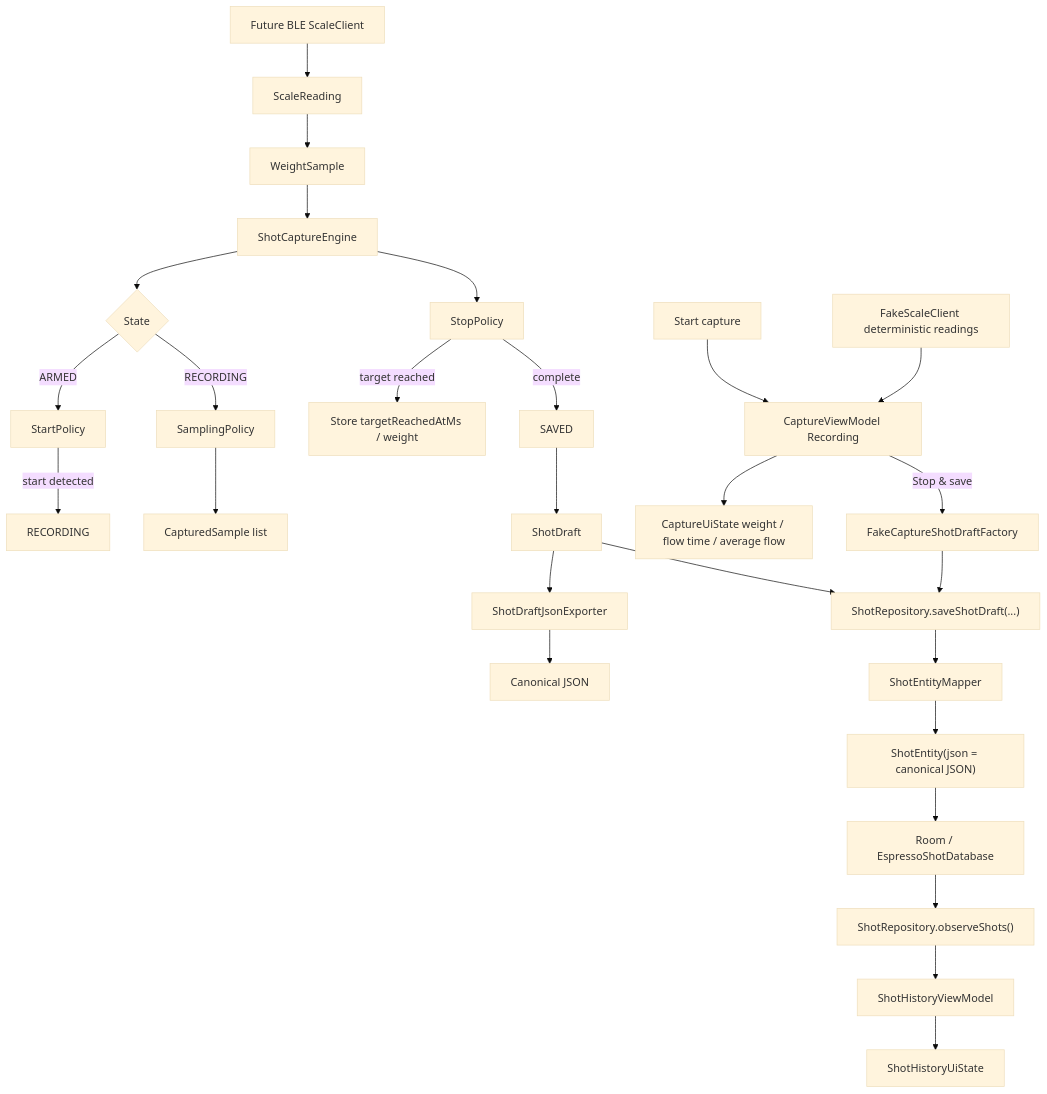
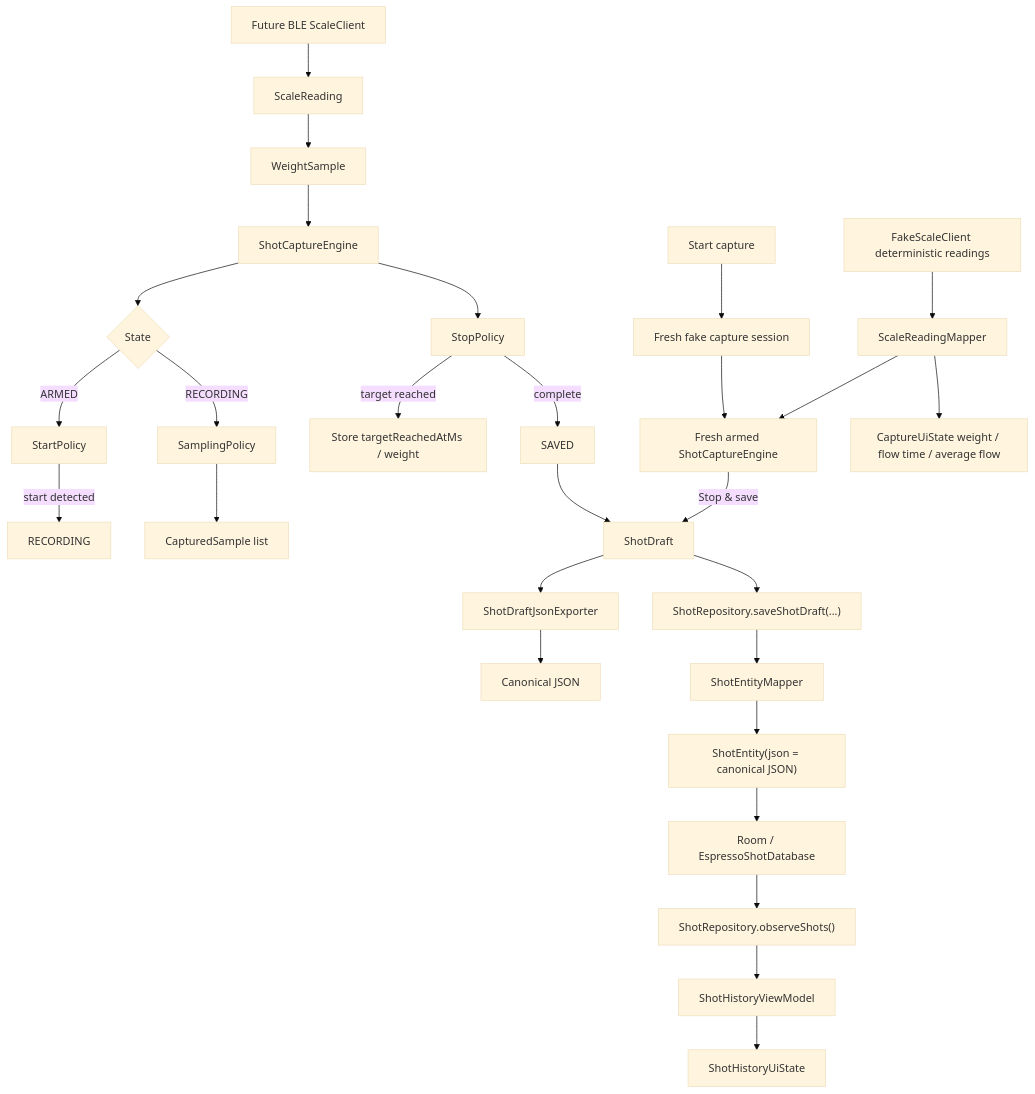
One commit to notanITler/espresso-shot-capture changed the diagram in docs/ARCHITECTURE.md. Above: the diagram before and after it, drawn with Mermaid (base theme). The commit also changed other lines of this file and 4 other files, not shown here.

````diff
--- a/docs/ARCHITECTURE.md
+++ b/docs/ARCHITECTURE.md
@@ -103,30 +106,31 @@
 ```mermaid
 flowchart TD
     Z["Future BLE ScaleClient"] --> A["ScaleReading"]
     A --> B["WeightSample"]
     B --> C["ShotCaptureEngine"]
     C --> D{"State"}
     D -->|"ARMED"| E["StartPolicy"]
     E -->|"start detected"| F["RECORDING"]
     D -->|"RECORDING"| G["SamplingPolicy"]
     G --> H["CapturedSample list"]
     C --> I["StopPolicy"]
     I -->|"target reached"| J["Store targetReachedAtMs / weight"]
     I -->|"complete"| K["SAVED"]
     K --> L["ShotDraft"]
     L --> M["ShotDraftJsonExporter"]
     M --> N["Canonical JSON"]
     L --> O["ShotRepository.saveShotDraft(...)"]
     O --> P["ShotEntityMapper"]
     P --> Q["ShotEntity(json = canonical JSON)"]
     Q --> R["Room / EspressoShotDatabase"]
     R --> S["ShotRepository.observeShots()"]
     S --> T["ShotHistoryViewModel"]
     T --> U["ShotHistoryUiState"]
 
-    V["Start capture"] --> W["CaptureViewModel Recording"]
-    X["FakeScaleClient deterministic readings"] --> W
-    W --> Y["CaptureUiState weight / flow time / average flow"]
-    W -->|"Stop & save"| AA["FakeCaptureShotDraftFactory"]
-    AA --> O
+    V["Start capture"] --> W["Fresh fake capture session"]
+    W --> X["Fresh armed ShotCaptureEngine"]
+    Y["FakeScaleClient deterministic readings"] --> Z2["ScaleReadingMapper"]
+    Z2 --> X
+    Z2 --> AA["CaptureUiState weight / flow time / average flow"]
+    X -->|"Stop & save"| L
 ```
````
